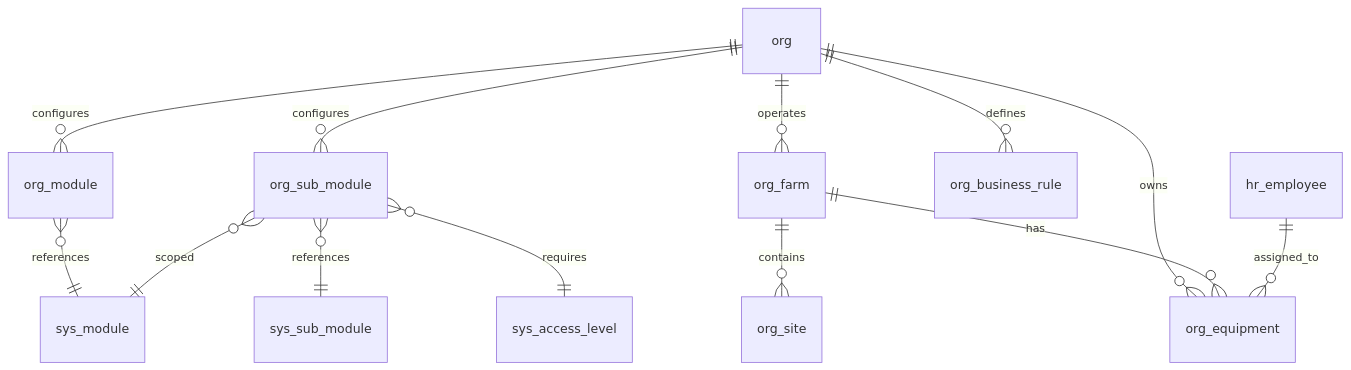
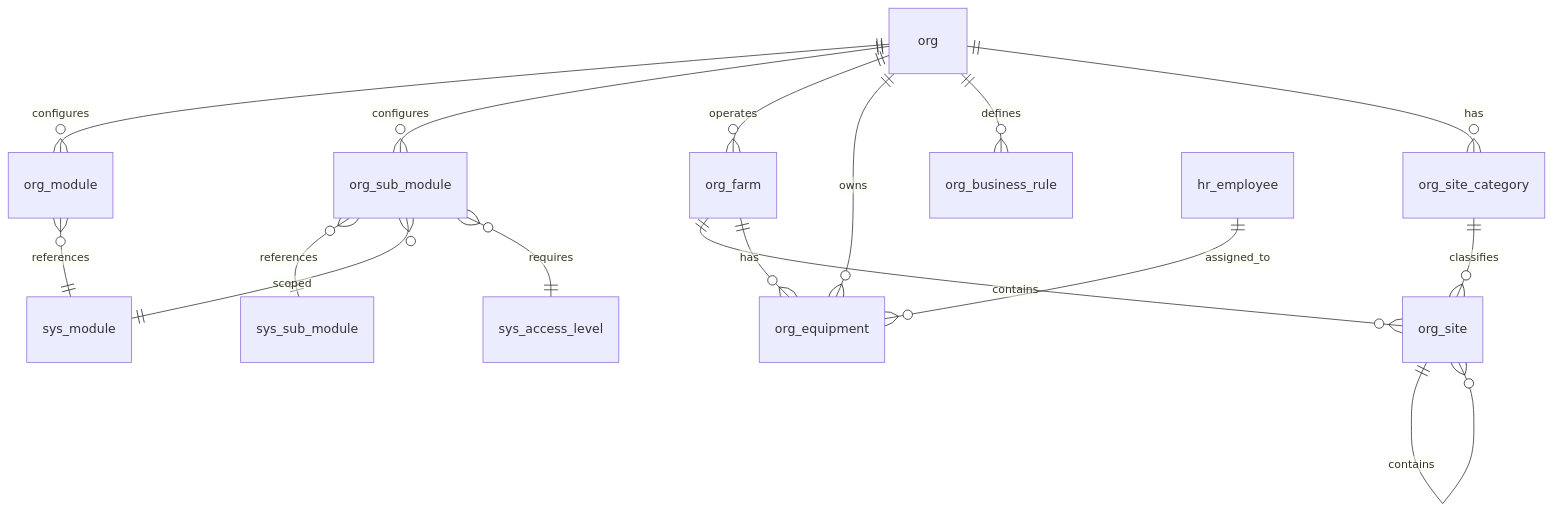
The diagram in docs/schemas/20260326_02_org.md (Hawaii-Farming/aloha-app), drawn with Mermaid before and after one commit. The commit also changed other lines of this file and 89 other files, not shown here.

First line of the commit message:
Add org_site_category, self-referencing hierarchy on org_site, remove is_food_contact_surface

````diff
--- a/docs/schemas/20260326_02_org.md
+++ b/docs/schemas/20260326_02_org.md
@@ -9,15 +9,18 @@
 ```mermaid
 erDiagram
     org ||--o{ org_module : configures
     org ||--o{ org_sub_module : configures
     org ||--o{ org_farm : operates
     org ||--o{ org_equipment : owns
     org ||--o{ org_business_rule : defines
     org_module }o--|| sys_module : references
     org_sub_module }o--|| sys_sub_module : references
     org_sub_module }o--|| sys_module : scoped
     org_sub_module }o--|| sys_access_level : requires
+    org ||--o{ org_site_category : has
     org_farm ||--o{ org_site : contains
+    org_site_category ||--o{ org_site : classifies
+    org_site ||--o{ org_site : contains
     org_farm ||--o{ org_equipment : has
     hr_employee ||--o{ org_equipment : assigned_to
 ```
````
